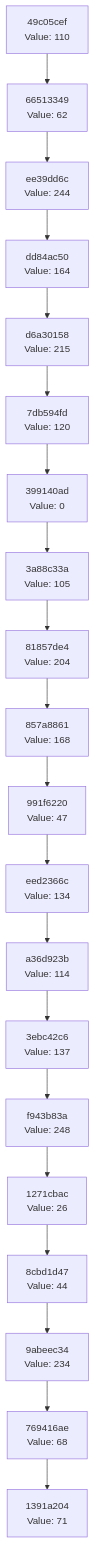
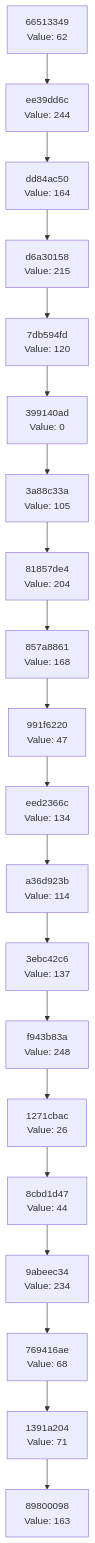
One commit to Abhisheksinha1506/hash-chain-evolver changed the diagram in docs/CHAIN_VISUALIZATION.md. Above: the diagram before and after it, drawn with Mermaid. The commit also changed 1 other file, not shown here.

Commit message:
Evolution Step

````diff
--- a/docs/CHAIN_VISUALIZATION.md
+++ b/docs/CHAIN_VISUALIZATION.md
@@ -3,42 +3,42 @@
 ```mermaid
 graph TD
-    C0["1391a204<br/>Value: 71"]
-    C1["769416ae<br/>Value: 68"]
+    C0["89800098<br/>Value: 163"]
+    C1["1391a204<br/>Value: 71"]
     C1 --> C0
-    C2["9abeec34<br/>Value: 234"]
+    C2["769416ae<br/>Value: 68"]
     C2 --> C1
-    C3["8cbd1d47<br/>Value: 44"]
+    C3["9abeec34<br/>Value: 234"]
     C3 --> C2
-    C4["1271cbac<br/>Value: 26"]
+    C4["8cbd1d47<br/>Value: 44"]
     C4 --> C3
-    C5["f943b83a<br/>Value: 248"]
+    C5["1271cbac<br/>Value: 26"]
     C5 --> C4
-    C6["3ebc42c6<br/>Value: 137"]
+    C6["f943b83a<br/>Value: 248"]
     C6 --> C5
-    C7["a36d923b<br/>Value: 114"]
+    C7["3ebc42c6<br/>Value: 137"]
     C7 --> C6
-    C8["eed2366c<br/>Value: 134"]
+    C8["a36d923b<br/>Value: 114"]
     C8 --> C7
-    C9["991f6220<br/>Value: 47"]
+    C9["eed2366c<br/>Value: 134"]
     C9 --> C8
-    C10["857a8861<br/>Value: 168"]
+    C10["991f6220<br/>Value: 47"]
     C10 --> C9
-    C11["81857de4<br/>Value: 204"]
+    C11["857a8861<br/>Value: 168"]
     C11 --> C10
-    C12["3a88c33a<br/>Value: 105"]
+    C12["81857de4<br/>Value: 204"]
     C12 --> C11
-    C13["399140ad<br/>Value: 0"]
+    C13["3a88c33a<br/>Value: 105"]
     C13 --> C12
-    C14["7db594fd<br/>Value: 120"]
+    C14["399140ad<br/>Value: 0"]
     C14 --> C13
-    C15["d6a30158<br/>Value: 215"]
+    C15["7db594fd<br/>Value: 120"]
     C15 --> C14
-    C16["dd84ac50<br/>Value: 164"]
+    C16["d6a30158<br/>Value: 215"]
     C16 --> C15
-    C17["ee39dd6c<br/>Value: 244"]
+    C17["dd84ac50<br/>Value: 164"]
     C17 --> C16
-    C18["66513349<br/>Value: 62"]
+    C18["ee39dd6c<br/>Value: 244"]
     C18 --> C17
-    C19["49c05cef<br/>Value: 110"]
+    C19["66513349<br/>Value: 62"]
     C19 --> C18
 ```
````
